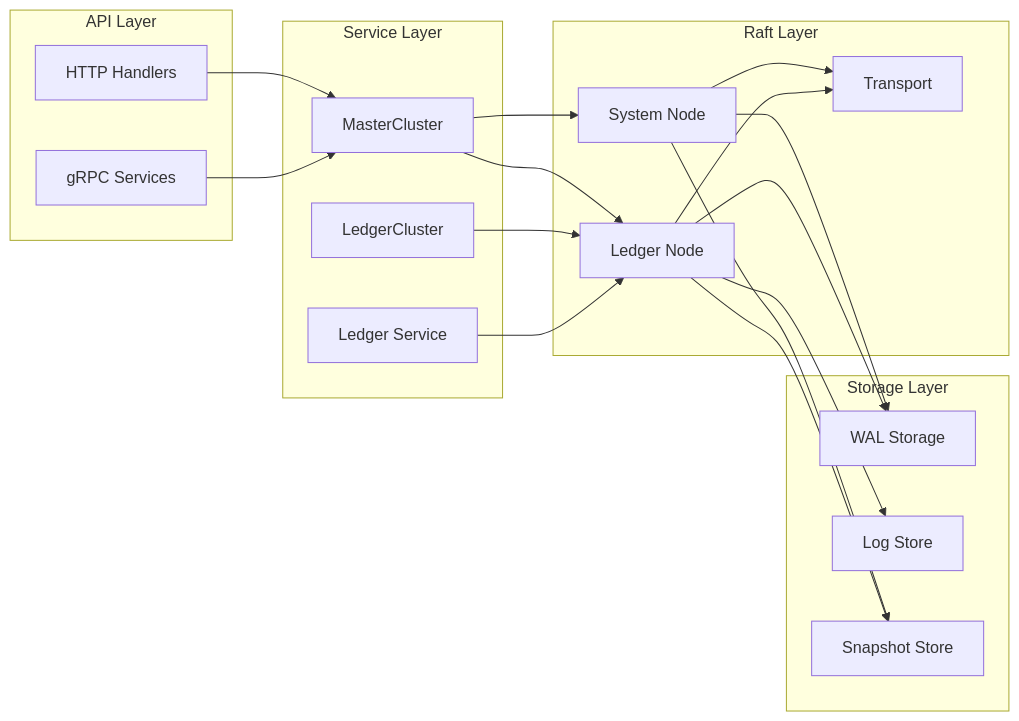
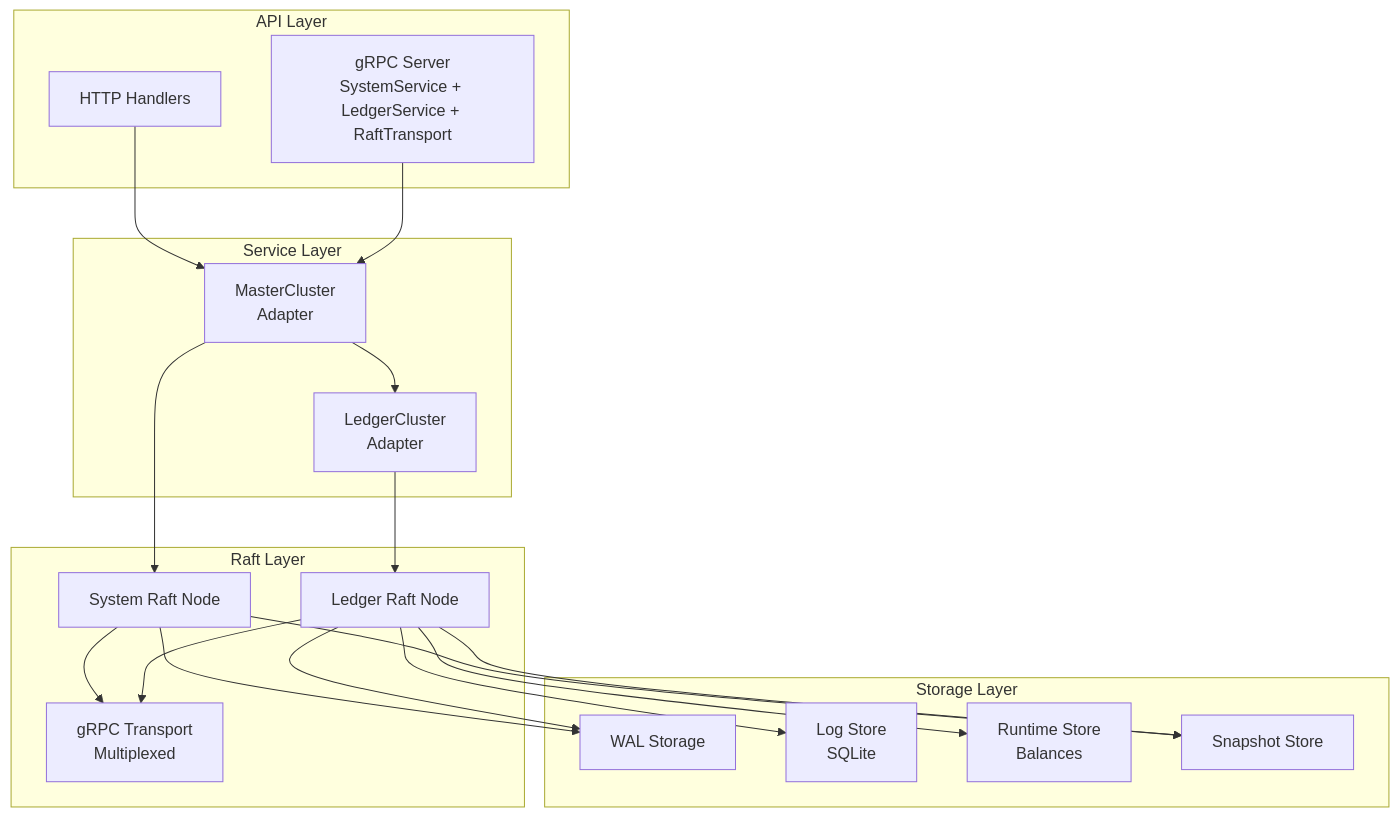
Before and after one commit to formancehq/ledger: the second of 6 diagrams in docs/architecture.md, drawn with Mermaid. The commit also changed other lines of this file and 11 other files, not shown here.

````diff
--- a/docs/architecture.md
+++ b/docs/architecture.md
@@ -68,39 +84,41 @@
 ```mermaid
-graph LR
+graph TB
     subgraph "API Layer"
         HTTP[HTTP Handlers]
-        GRPC[gRPC Services]
+        GRPC[gRPC Server<br/>SystemService + LedgerService + RaftTransport]
     end
     
     subgraph "Service Layer"
-        MasterCluster[MasterCluster]
-        LedgerCluster[LedgerCluster]
-        LedgerService[Ledger Service]
+        MasterCluster[MasterCluster<br/>Adapter]
+        LedgerCluster[LedgerCluster<br/>Adapter]
     end
     
     subgraph "Raft Layer"
-        SystemNode[System Node]
-        LedgerNode[Ledger Node]
-        Transport[Transport]
+        SystemNode[System Raft Node]
+        LedgerNode[Ledger Raft Node]
+        Transport[gRPC Transport<br/>Multiplexed]
     end
     
     subgraph "Storage Layer"
         WAL[WAL Storage]
-        LogStore[Log Store]
+        LogStore[Log Store<br/>SQLite]
+        RuntimeStore[Runtime Store<br/>Balances]
         Snapshot[Snapshot Store]
     end
     
     HTTP --> MasterCluster
     GRPC --> MasterCluster
     MasterCluster --> SystemNode
-    MasterCluster --> LedgerNode
+    MasterCluster --> LedgerCluster
     LedgerCluster --> LedgerNode
-    LedgerService --> LedgerNode
+    
     SystemNode --> Transport
     LedgerNode --> Transport
+    
     SystemNode --> WAL
     LedgerNode --> WAL
     LedgerNode --> LogStore
+    LedgerNode --> RuntimeStore
     SystemNode --> Snapshot
     LedgerNode --> Snapshot
 ```
````
